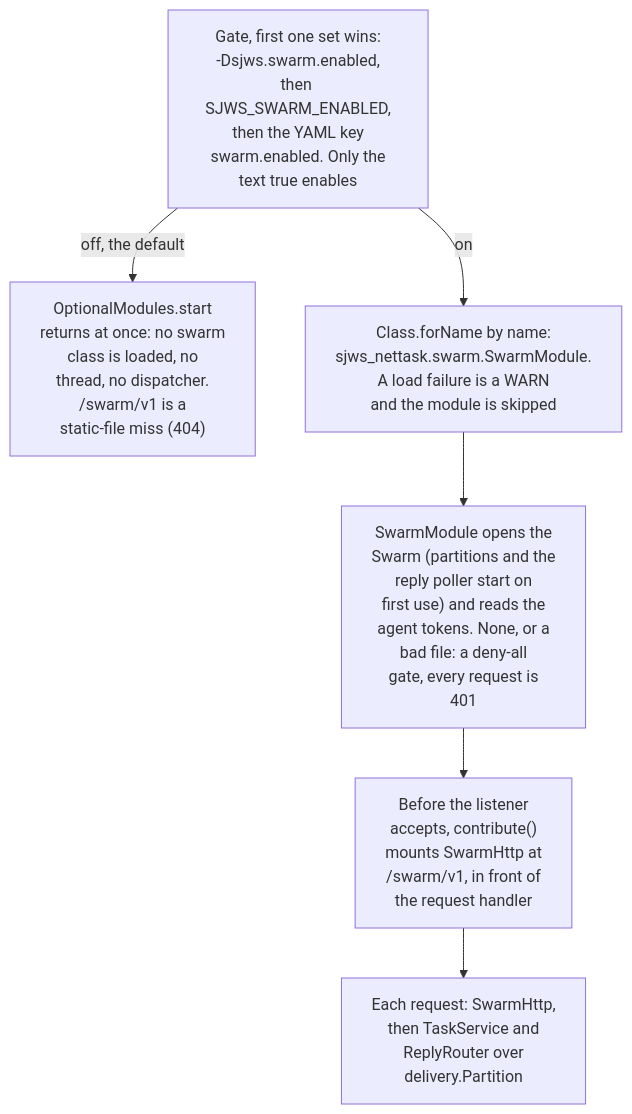
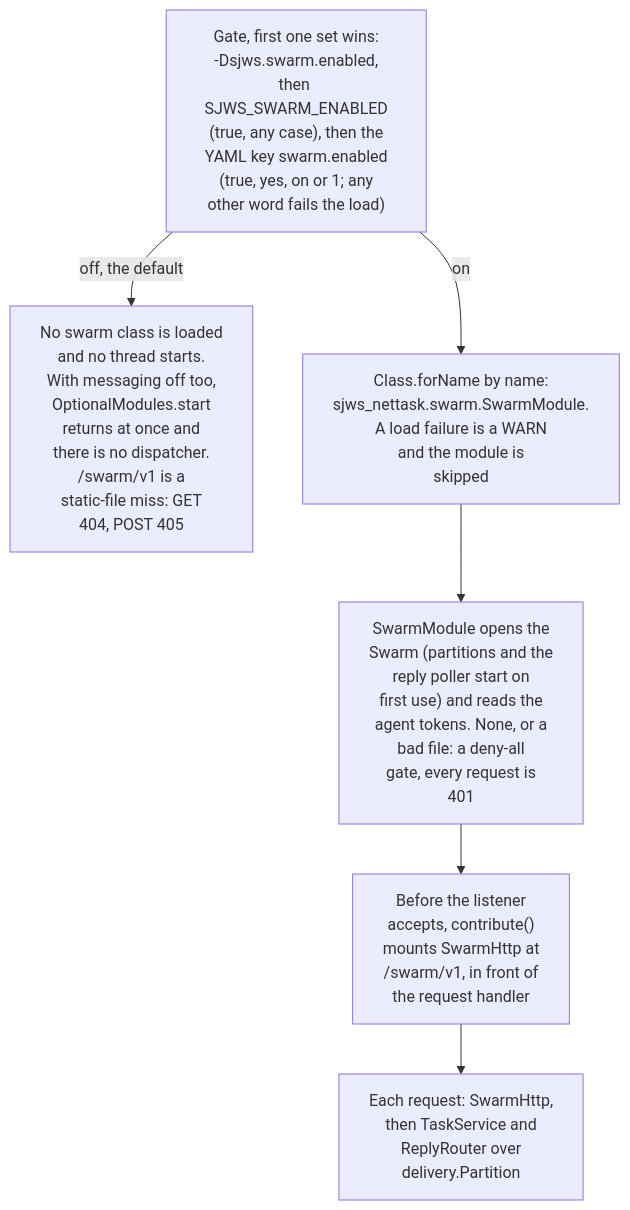
Before and after one commit to BlivionIaG/sjws_nettask: the first of 2 diagrams in docs/design/agent-swarm.md, drawn with Mermaid. The commit also changed other lines of this file and 19 other files, not shown here.

First line of the commit message:
docs: fix the diagrams the fact-check found imprecise

````diff
--- a/docs/design/agent-swarm.md
+++ b/docs/design/agent-swarm.md
@@ -72,9 +73,9 @@
 ```mermaid
 flowchart TB
-    g["Gate, first one set wins:<br/>-Dsjws.swarm.enabled,<br/>then SJWS_SWARM_ENABLED,<br/>then the YAML key<br/>swarm.enabled. Only the<br/>text true enables"]
-    g -->|"off, the default"| off["OptionalModules.start<br/>returns at once: no swarm<br/>class is loaded, no<br/>thread, no dispatcher.<br/>/swarm/v1 is a<br/>static-file miss (404)"]
-    g -->|on| ld["Class.forName by name:<br/>sjws_nettask.swarm.SwarmModule.<br/>A load failure is a WARN<br/>and the module is skipped"]
+    g["Gate, first one set wins:<br/>-Dsjws.swarm.enabled,<br/>then SJWS_SWARM_ENABLED<br/>(true, any case), then the<br/>YAML key swarm.enabled<br/>(true, yes, on or 1; any<br/>other word fails the load)"]
+    g -->|"off, the default"| off["No swarm class is loaded<br/>and no thread starts.<br/>With messaging off too,<br/>OptionalModules.start<br/>returns at once and<br/>there is no dispatcher.<br/>/swarm/v1 is a<br/>static-file miss: GET<br/>404, POST 405"]
+    g -->|on| ld["Class.forName by name:<br/>sjws_nettask.swarm.SwarmModule.<br/>A load failure is a WARN<br/>and the module is<br/>skipped"]
     ld --> m["SwarmModule opens the<br/>Swarm (partitions and the<br/>reply poller start on<br/>first use) and reads the<br/>agent tokens. None, or a<br/>bad file: a deny-all<br/>gate, every request is<br/>401"]
     m --> mt["Before the listener<br/>accepts, contribute()<br/>mounts SwarmHttp at<br/>/swarm/v1, in front of<br/>the request handler"]
     mt --> rq["Each request: SwarmHttp,<br/>then TaskService and<br/>ReplyRouter over<br/>delivery.Partition"]
 ```
````
